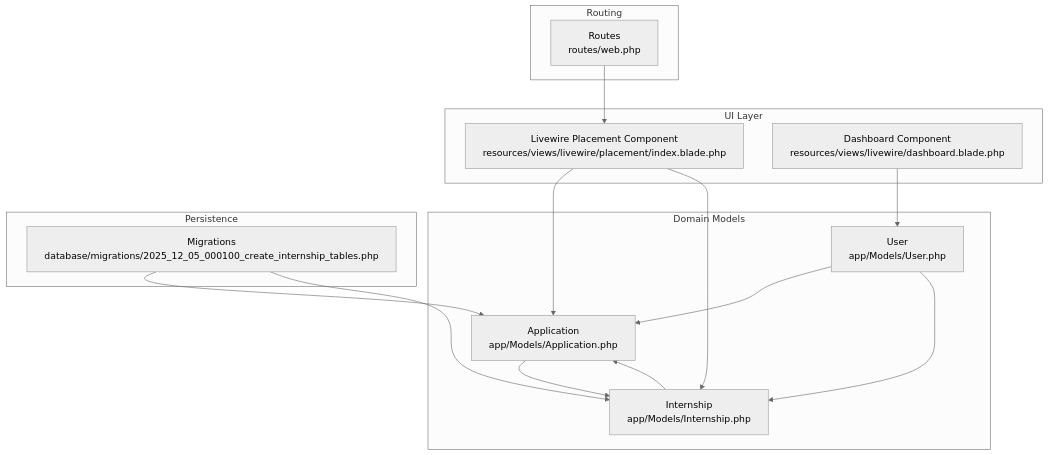
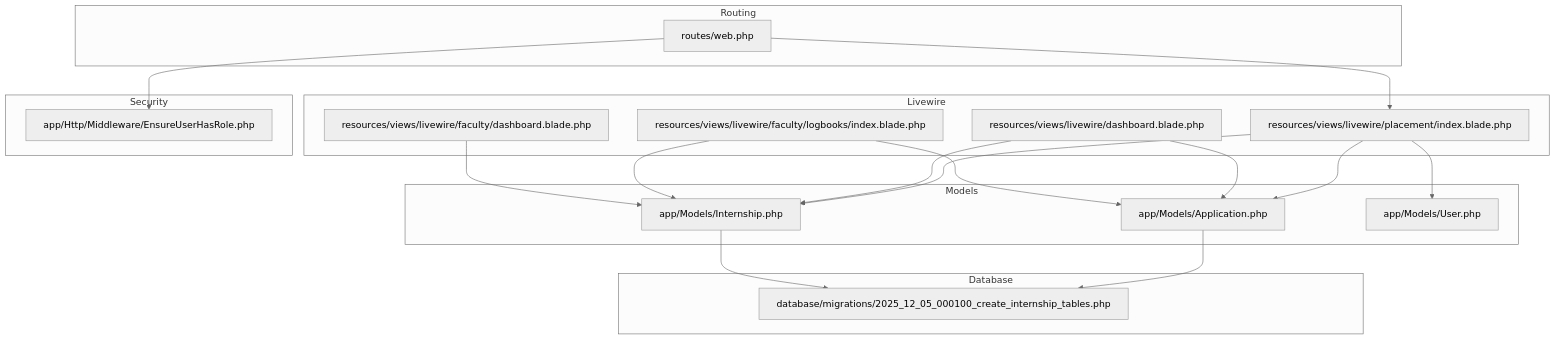
The first of 8 diagrams in .qoder/repowiki/en/content/Core Modules/Student Module/Placement Workflow.md (puromed/internims), drawn with Mermaid (neutral theme) before and after one commit. The commit also changed other lines of this file and 51 other files, not shown here.

````diff
--- a/.qoder/repowiki/en/content/Core Modules/Student Module/Placement Workflow.md
+++ b/.qoder/repowiki/en/content/Core Modules/Student Module/Placement Workflow.md
@@ -39,28 +42,35 @@
 ```mermaid
 graph TB
-subgraph "UI Layer"
-P["Livewire Placement Component<br/>resources/views/livewire/placement/index.blade.php"]
-D["Dashboard Component<br/>resources/views/livewire/dashboard.blade.php"]
+subgraph "Routing"
+RWeb["routes/web.php"]
 end
-subgraph "Routing"
-R["Routes<br/>routes/web.php"]
+subgraph "Livewire"
+PIndex["resources/views/livewire/placement/index.blade.php"]
+FDash["resources/views/livewire/dashboard.blade.php"]
+FLogIdx["resources/views/livewire/faculty/logbooks/index.blade.php"]
+FFacDash["resources/views/livewire/faculty/dashboard.blade.php"]
 end
-subgraph "Domain Models"
-U["User<br/>app/Models/User.php"]
-A["Application<br/>app/Models/Application.php"]
-I["Internship<br/>app/Models/Internship.php"]
+subgraph "Models"
+MApp["app/Models/Application.php"]
+MInt["app/Models/Internship.php"]
+MUser["app/Models/User.php"]
 end
-subgraph "Persistence"
-M["Migrations<br/>database/migrations/2025_12_05_000100_create_internship_tables.php"]
+subgraph "Database"
+Mig["database/migrations/2025_12_05_000100_create_internship_tables.php"]
 end
-R --> P
-P --> A
-P --> I
-U --> A
-U --> I
-A --> I
-I --> A
-M --> A
-M --> I
-D --> U
+subgraph "Security"
+Mid["app/Http/Middleware/EnsureUserHasRole.php"]
+end
+RWeb --> PIndex
+PIndex --> MApp
+PIndex --> MInt
+PIndex --> MUser
+FDash --> MApp
+FDash --> MInt
+FLogIdx --> MInt
+FLogIdx --> MApp
+FFacDash --> MInt
+MApp --> Mig
+MInt --> Mig
+RWeb --> Mid
 ```
````
